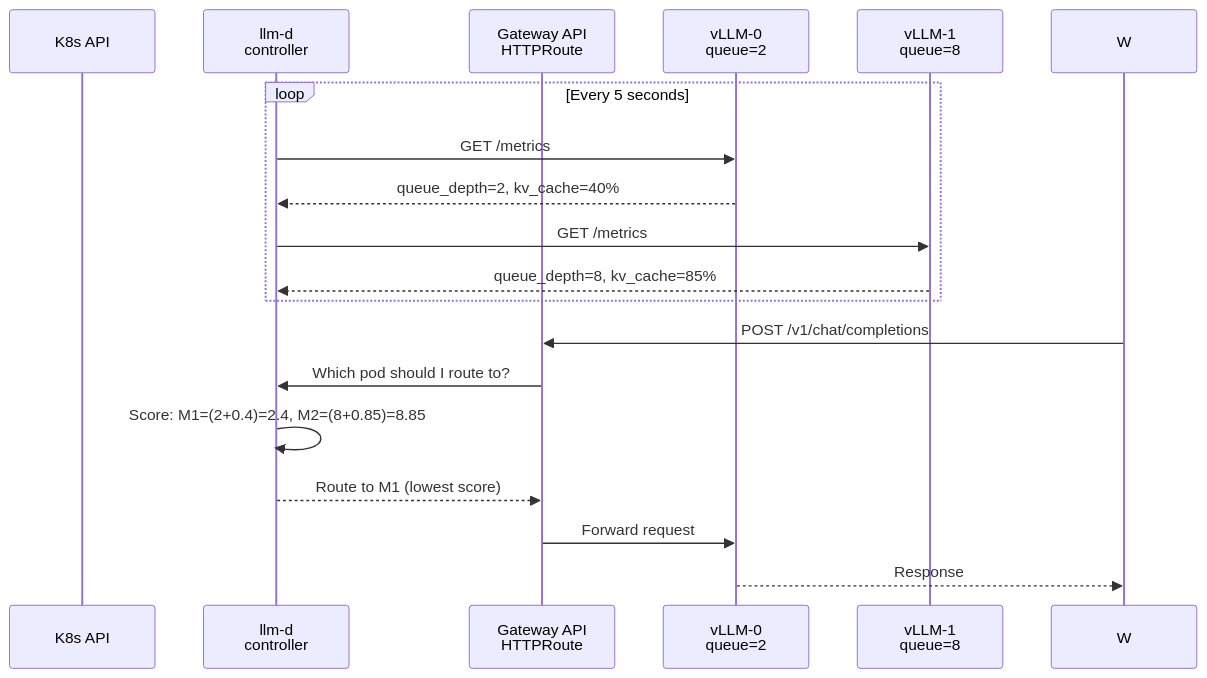
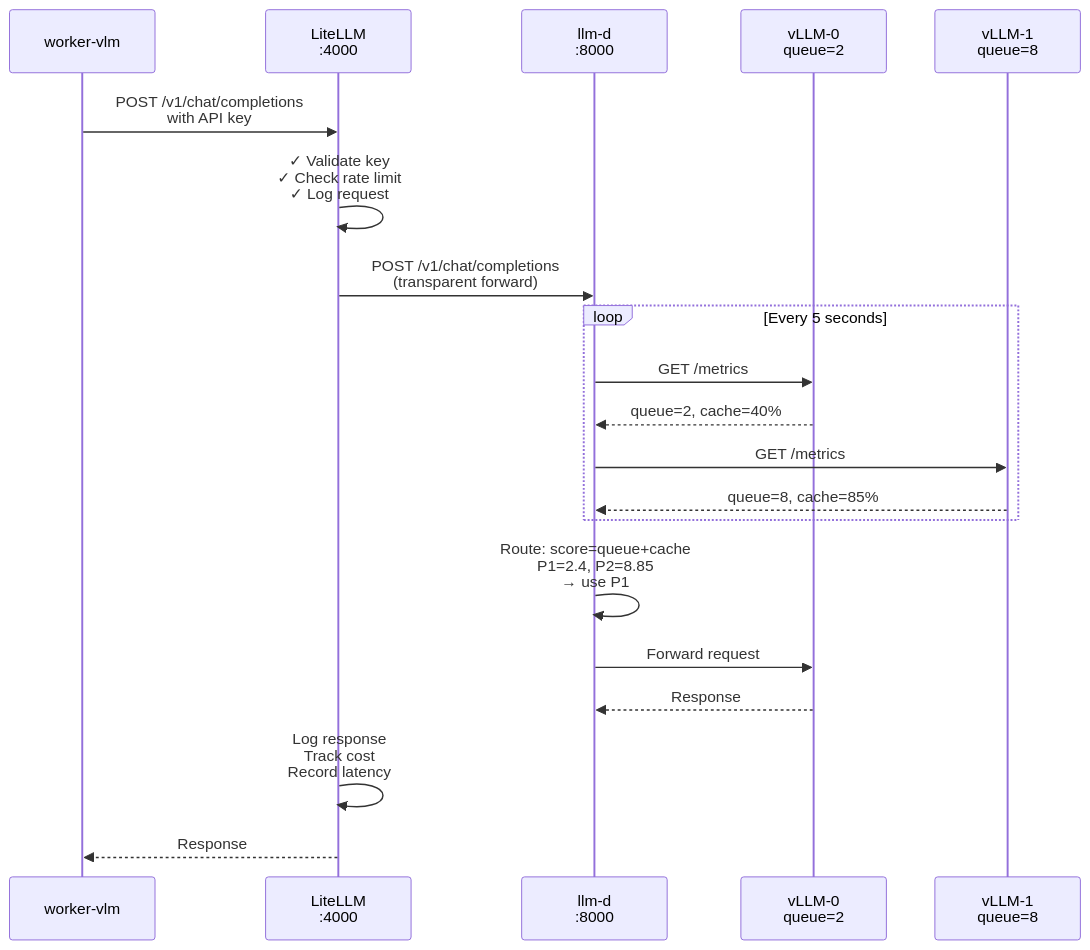
The second of 2 diagrams in docs/blog/03-gateway-api-routing.md (pramodsarvi/docuflow-systems-lab-), drawn with Mermaid before and after one commit. The commit also changed other lines of this file and 1 other file, not shown here.

First line of the commit message:
Add: Combined LiteLLM + llm-d two-layer gateway stack

````diff
--- a/docs/blog/03-gateway-api-routing.md
+++ b/docs/blog/03-gateway-api-routing.md
@@ -65,23 +72,30 @@
 ```mermaid
 sequenceDiagram
-    participant API as K8s API
-    participant LLMD as llm-d<br/>controller
-    participant GW as Gateway API<br/>HTTPRoute
-    participant M1 as vLLM-0<br/>queue=2
-    participant M2 as vLLM-1<br/>queue=8
+    participant W as worker-vlm
+    participant LITE as LiteLLM<br/>:4000
+    participant LLMD as llm-d<br/>:8000
+    participant P1 as vLLM-0<br/>queue=2
+    participant P2 as vLLM-1<br/>queue=8
 
+    W->>LITE: POST /v1/chat/completions<br/>with API key
+    LITE->>LITE: ✓ Validate key<br/>✓ Check rate limit<br/>✓ Log request
+    
+    LITE->>LLMD: POST /v1/chat/completions<br/>(transparent forward)
+    
     loop Every 5 seconds
-        LLMD->>M1: GET /metrics
-        M1-->>LLMD: queue_depth=2, kv_cache=40%
+        LLMD->>P1: GET /metrics
+        P1-->>LLMD: queue=2, cache=40%
         
-        LLMD->>M2: GET /metrics
-        M2-->>LLMD: queue_depth=8, kv_cache=85%
+        LLMD->>P2: GET /metrics
+        P2-->>LLMD: queue=8, cache=85%
     end
-
-    W->>GW: POST /v1/chat/completions
-    GW->>LLMD: Which pod should I route to?
-    LLMD->>LLMD: Score: M1=(2+0.4)=2.4, M2=(8+0.85)=8.85
-    LLMD-->>GW: Route to M1 (lowest score)
-    GW->>M1: Forward request
-    M1-->>W: Response
+    
+    LLMD->>LLMD: Route: score=queue+cache<br/>P1=2.4, P2=8.85<br/>→ use P1
+    
+    LLMD->>P1: Forward request
+    P1-->>LLMD: Response
+    
+    LITE->>LITE: Log response<br/>Track cost<br/>Record latency
+    
+    LITE-->>W: Response
 ```
````
